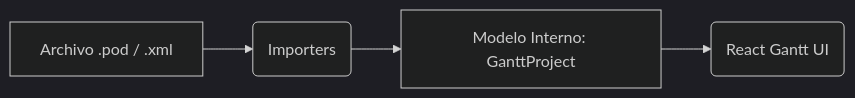
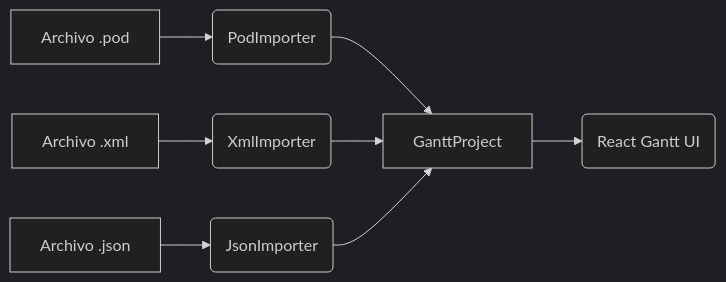
The diagram in docs/ARCHITECTURE.md (allanwv/project_maxima), drawn with Mermaid (dark theme) before and after one commit. The commit also changed other lines of this file and 28 other files, not shown here.

Commit message:
feat: complete gantt editor with interactive zoom and progress styling

````diff
--- a/docs/ARCHITECTURE.md
+++ b/docs/ARCHITECTURE.md
@@ -24,6 +24,12 @@
 ```mermaid
 graph LR
-  A[Archivo .pod / .xml] --> B(Importers)
-  B --> C[Modelo Interno: GanttProject]
+  POD[Archivo .pod] --> PodImporter(PodImporter)
+  XML[Archivo .xml] --> XmlImporter(XmlImporter)
+  JSON[Archivo .json] --> JsonImporter(JsonImporter)
+  
+  PodImporter --> C[GanttProject]
+  XmlImporter --> C
+  JsonImporter --> C
+  
   C --> D(React Gantt UI)
 ```
````
